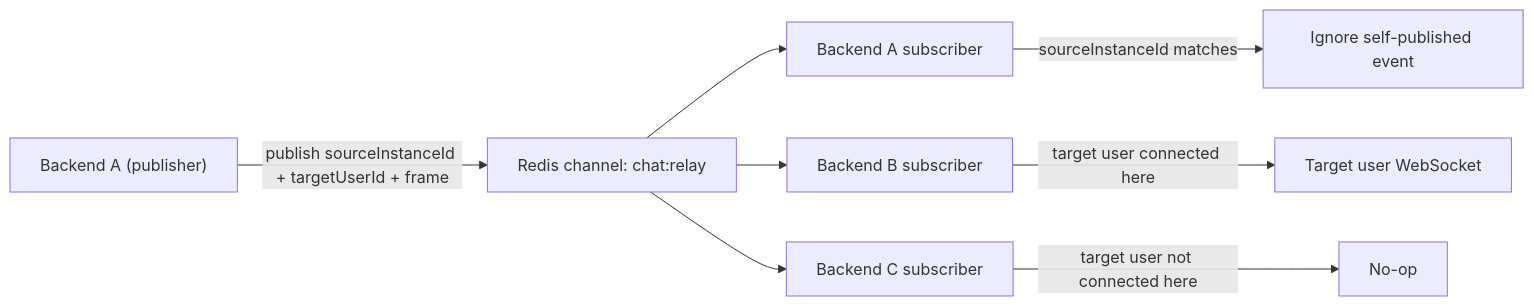
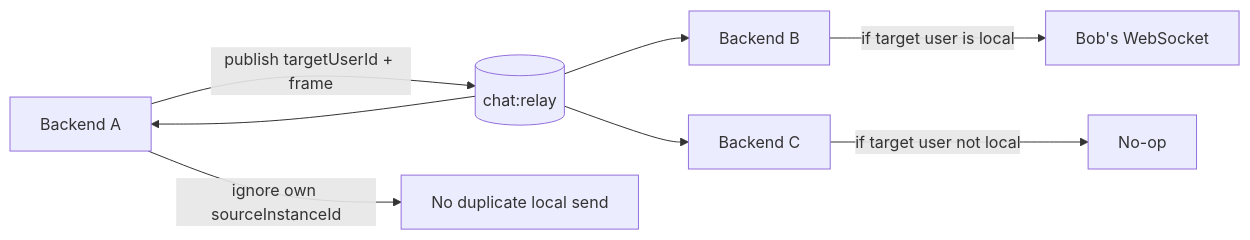
One commit to SudhanshuSingh6/ChatFlow changed the fourth of 5 diagrams in README.md. Above: the diagram before and after it, drawn with Mermaid. The commit also changed other lines of this file, not shown here.

````diff
--- a/README.md
+++ b/README.md
@@ -148,11 +140,11 @@
 ```mermaid
 flowchart LR
-  A["Backend A (publisher)"] -->|"publish sourceInstanceId + targetUserId + frame"| Bus["Redis channel: chat:relay"]
-  Bus --> ASub["Backend A subscriber"]
-  Bus --> BSub["Backend B subscriber"]
-  Bus --> CSub["Backend C subscriber"]
+  A[Backend A] -->|publish targetUserId + frame| Redis[(chat:relay)]
+  Redis --> A
+  Redis --> B[Backend B]
+  Redis --> C[Backend C]
 
-  ASub -->|"sourceInstanceId matches"| Ignore["Ignore self-published event"]
-  BSub -->|"target user connected here"| Bob["Target user WebSocket"]
-  CSub -->|"target user not connected here"| Noop["No-op"]
+  A -->|ignore own sourceInstanceId| ANoop[No duplicate local send]
+  B -->|if target user is local| Bob[Bob's WebSocket]
+  C -->|if target user not local| Noop[No-op]
 ```
````
